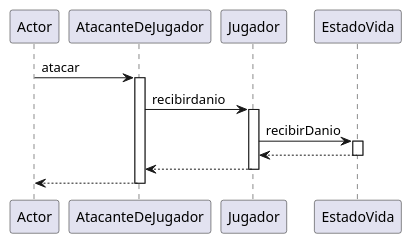
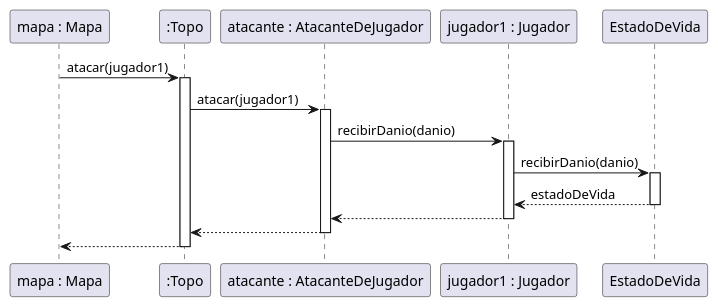
Before and after one commit to juanignaciogiacobbe/AlgoDefense_TP2: the diagram in diagrams/sequences/06TopoAtacanteDeJugador_atacar.puml, drawn with PlantUML. The commit also changed 3 other files, not shown here.

Commit message:
diagramas de secuencia ataque de enemigos a jugador

```diff
--- a/diagrams/sequences/06TopoAtacanteDeJugador_atacar.puml
+++ b/diagrams/sequences/06TopoAtacanteDeJugador_atacar.puml
@@ -1,14 +1,18 @@
 @startuml
-participant Actor
-Actor -> AtacanteDeJugador : atacar
-activate AtacanteDeJugador
-AtacanteDeJugador -> Jugador : recibirdanio
-activate Jugador
-Jugador -> EstadoVida : recibirDanio
-activate EstadoVida
-EstadoVida --> Jugador
-deactivate EstadoVida
-Jugador --> AtacanteDeJugador
-deactivate Jugador
-return
+ "mapa : Mapa" -> ":Topo": atacar(jugador1)
+        activate ":Topo"
+        ":Topo" -> "atacante : AtacanteDeJugador" : atacar(jugador1)
+        activate "atacante : AtacanteDeJugador"
+        "atacante : AtacanteDeJugador" -> "jugador1 : Jugador" : recibirDanio(danio)
+        activate "jugador1 : Jugador"
+        "jugador1 : Jugador" -> EstadoDeVida : recibirDanio(danio)
+        activate EstadoDeVida
+        EstadoDeVida --> "jugador1 : Jugador" : estadoDeVida
+        deactivate EstadoDeVida
+        "jugador1 : Jugador" --> "atacante : AtacanteDeJugador"
+        deactivate "jugador1 : Jugador"
+        "atacante : AtacanteDeJugador" --> ":Topo"
+        deactivate "atacante : AtacanteDeJugador"
+        ":Topo" --> "mapa : Mapa"
+        deactivate ":Topo"
 @enduml
```
